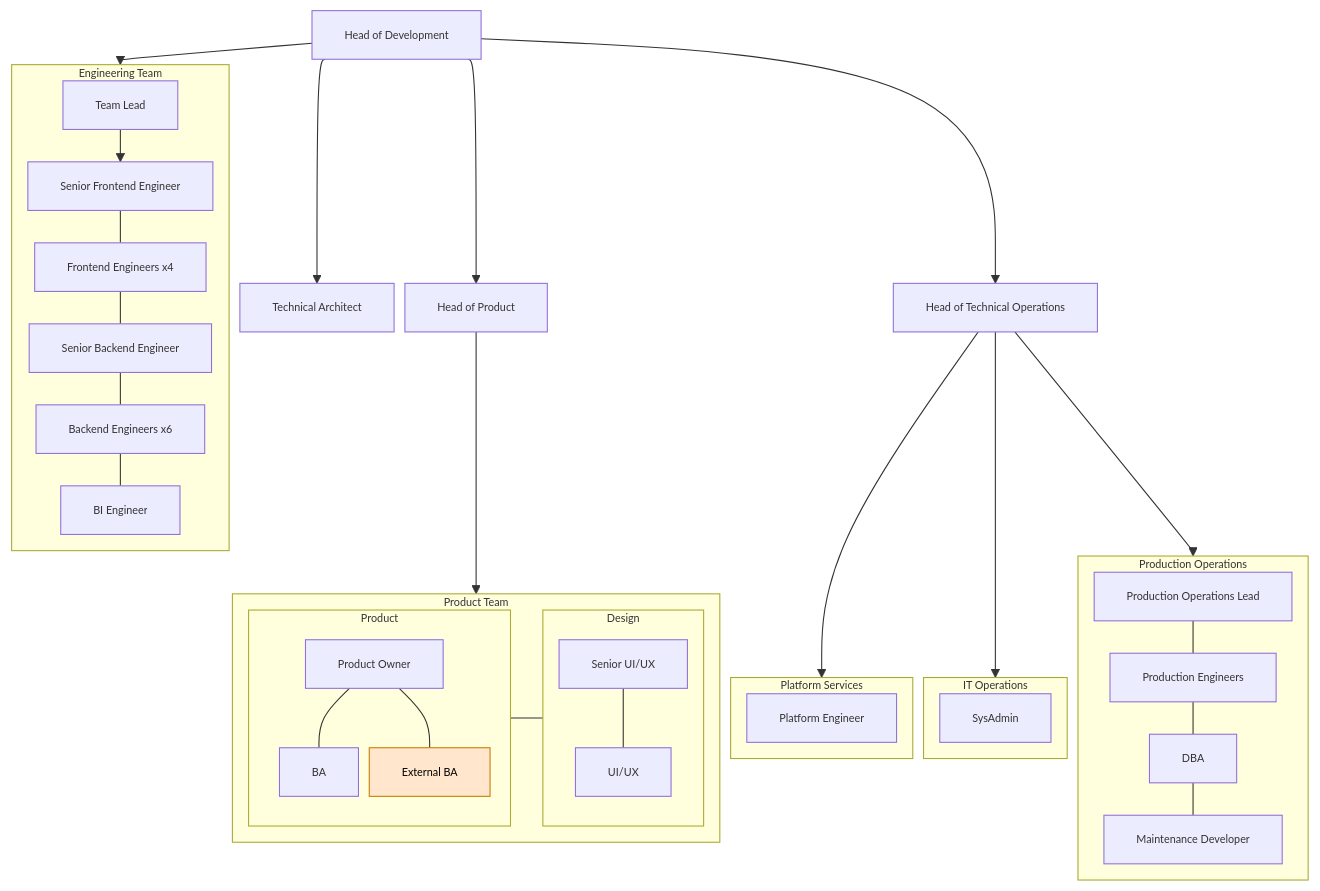
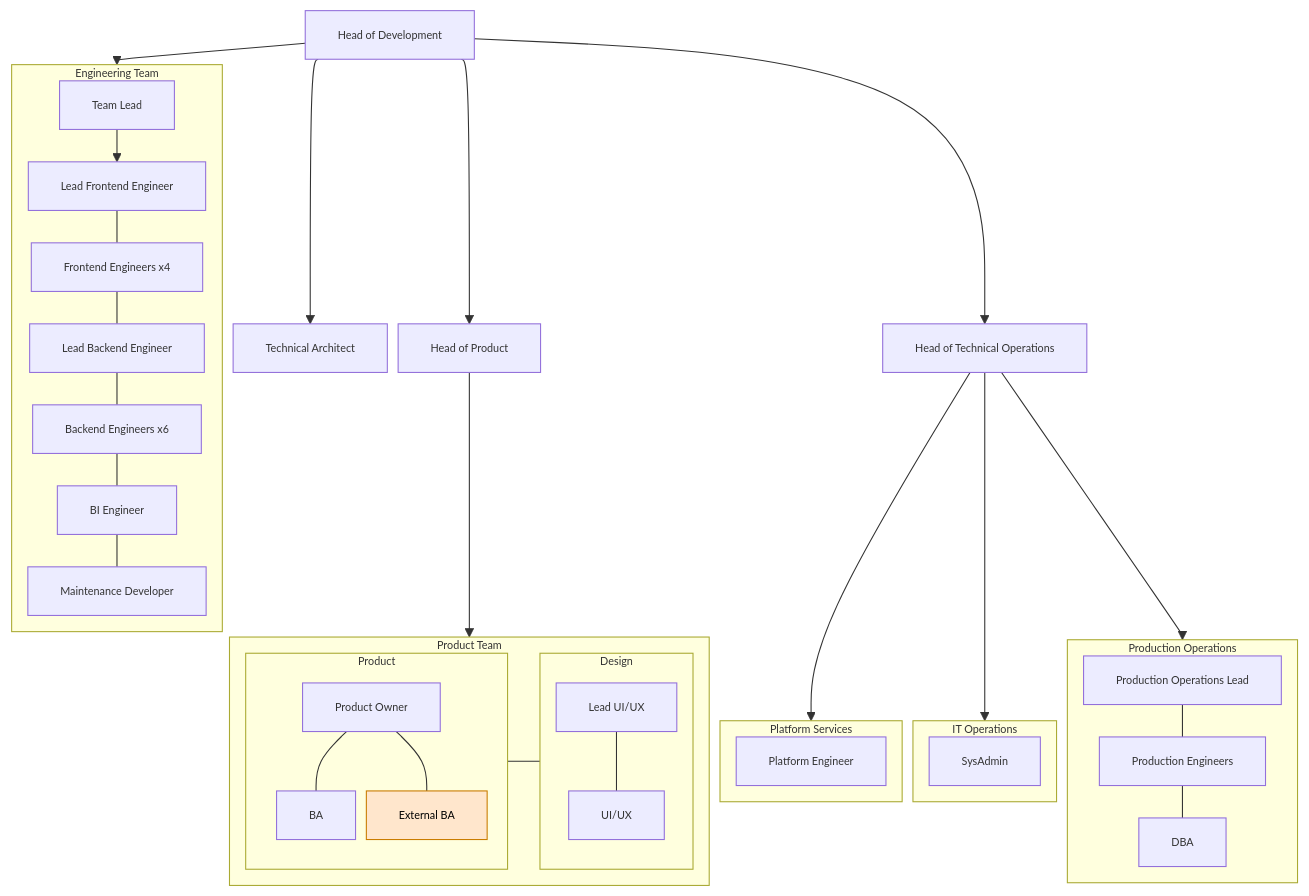
One commit to michaeljholmes/OrgNetlify changed the diagram in OrganisationChart.md. Above: the diagram before and after it, drawn with Mermaid. The commit also changed other lines of this file and 34 other files, not shown here.

````diff
--- a/OrganisationChart.md
+++ b/OrganisationChart.md
@@ -5,80 +5,81 @@
 ```mermaid
 %%{init: {'themeVariables': {'fontSize': '10px'}, 'flowchart': {'nodeSpacing': 10, 'rankSpacing': 5}}}%%
 flowchart TB
     HOD[Head of Development]
 
     HOD --> TA[Technical Architect]
     HOD --> HOP[Head of Product]
     HOD --> HTO[Head of Technical Operations]
 
     HOD --> ET1
 
     subgraph ET1[Engineering Team]
         direction TB
         TL[Team Lead]
-        SFE[Senior Frontend Engineer]
+        SFE[Lead Frontend Engineer]
         FE1[Frontend Engineers x4]
-        SBE[Senior Backend Engineer]
+        SBE[Lead Backend Engineer]
         BE1[Backend Engineers x6]
         BI[BI Engineer]
+        O1D[Maintenance Developer]
 
         TL --> SFE
         SFE --- FE1
         FE1 --- SBE
         SBE --- BE1
         BE1 --- BI
+        BI --- O1D
     end
 
     subgraph PRODUCT[Product Team]
         direction LR
 
         subgraph PRODUCT_REQ[Product]
             direction TB
             PO[Product Owner]
             BA[BA]
             EBA[External BA]
 
             PO --- BA
             PO --- EBA
         end
 
         subgraph PRODUCT_UX[Design]
             direction TB
-            HOUIUX[Senior UI/UX]
+            HOUIUX[Lead UI/UX]
             UX[UI/UX]
 
             HOUIUX --- UX
         end
 
         PRODUCT_REQ --- PRODUCT_UX
     end
     HOP --> PRODUCT
 
     classDef externalBa fill:#FFE6CC,stroke:#C97C00,color:#000;
     class EBA externalBa;
 
     subgraph PLATFORM_SERVICES[Platform Services]
         direction TB
         PE[Platform Engineer]
     end
 
     subgraph ITOPS[IT Operations]
         direction TB
         SA[SysAdmin]
     end
 
     subgraph PRODUCTION[Production Operations]
         direction TB
         POL[Production Operations Lead]
         PRODE[Production Engineers]
         DBA[DBA]
 
         POL --- PRODE
         PRODE --- DBA
-        DBA --- O1D[Maintenance Developer]
     end
 
     HTO --> PLATFORM_SERVICES
     HTO --> ITOPS
     HTO --> PRODUCTION
 ```
````
